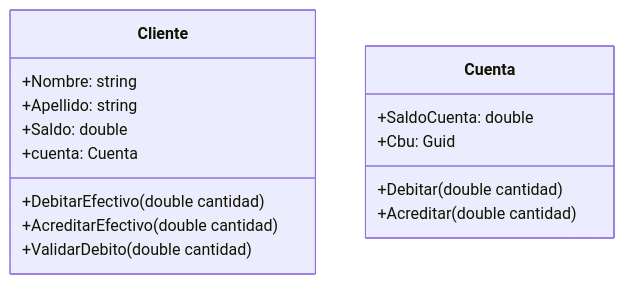
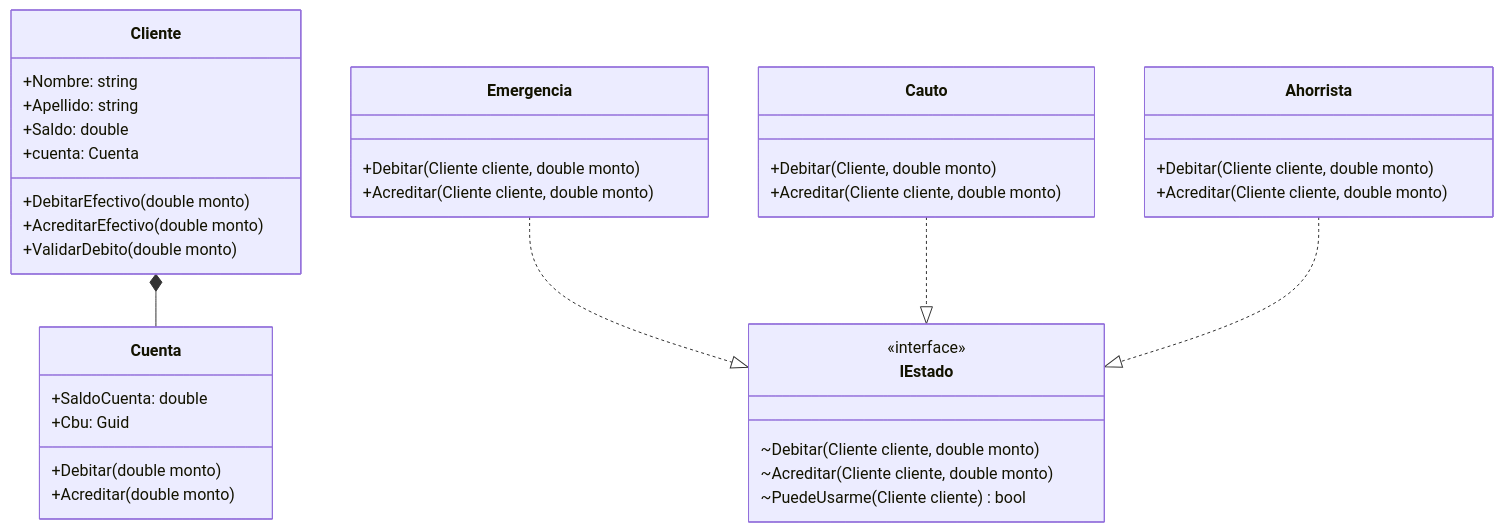
One commit to frank321312/C-_Biblioteca changed the diagram in README.md. Above: the diagram before and after it, drawn with Mermaid. The commit also changed 10 other files, not shown here.

````diff
--- a/README.md
+++ b/README.md
@@ -3,20 +3,47 @@
 ```mermaid
 classDiagram
 
 class Cliente {
     +Nombre: string
     +Apellido: string
     +Saldo: double
     +cuenta: Cuenta
-    +DebitarEfectivo(double cantidad)
-    +AcreditarEfectivo(double cantidad)
-    +ValidarDebito(double cantidad)
+    +DebitarEfectivo(double monto)
+    +AcreditarEfectivo(double monto)
+    +ValidarDebito(double monto)
 }
 
 class Cuenta {
     +SaldoCuenta: double
     +Cbu: Guid
-    +Debitar(double cantidad)
-    +Acreditar(double cantidad)
+    +Debitar(double monto)
+    +Acreditar(double monto)
 }
+
+class IEstado {
+    <<interface>>
+    ~Debitar(Cliente cliente, double monto)
+    ~Acreditar(Cliente cliente, double monto)
+    ~PuedeUsarme(Cliente cliente) bool
+}
+
+class Cauto {
+    +Debitar(Cliente, double monto)
+    +Acreditar(Cliente cliente, double monto)    
+}
+
+class Emergencia {
+    +Debitar(Cliente cliente, double monto)
+    +Acreditar(Cliente cliente, double monto)    
+}
+
+class Ahorrista {
+    +Debitar(Cliente cliente, double monto)
+    +Acreditar(Cliente cliente, double monto)    
+}
+
+Emergencia ..|> IEstado
+Cauto ..|> IEstado
+Ahorrista ..|> IEstado
+Cliente *-- Cuenta
 ```
````
